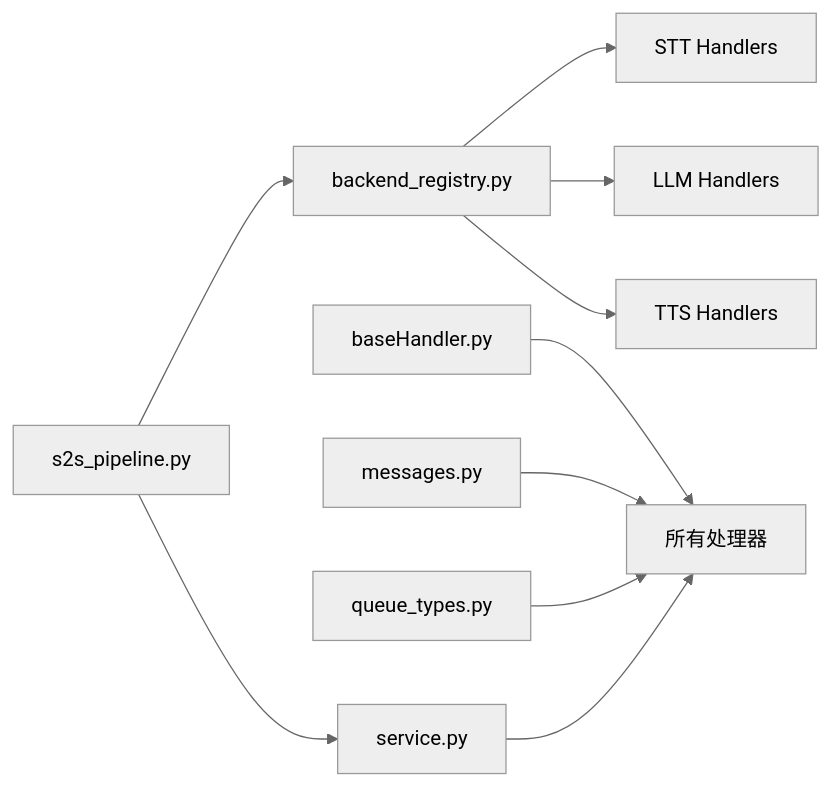
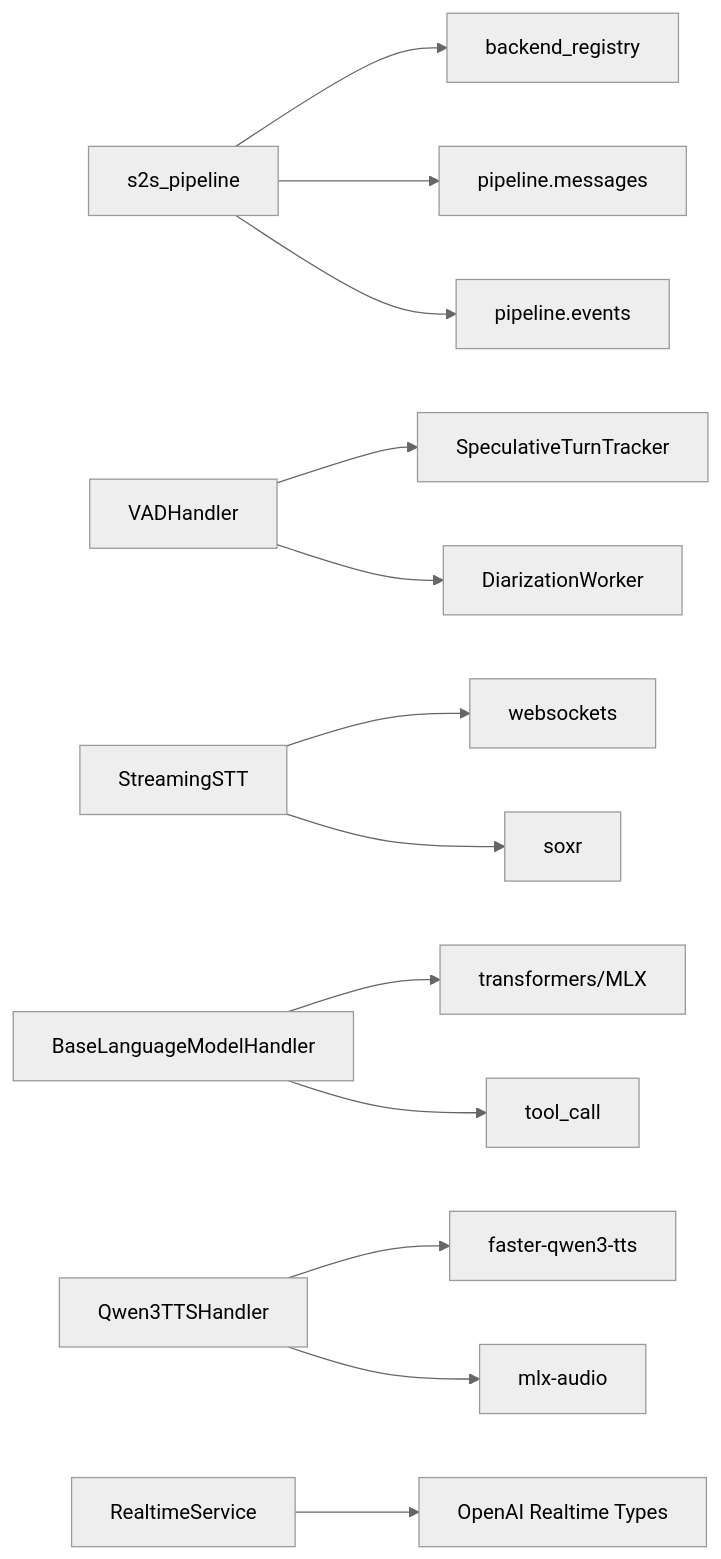
One commit to joezxh/speech-to-speech changed the tenth of 10 diagrams in .qoder/repowiki/zh/content/核心架构/核心架构.md. Above: the diagram before and after it, drawn with Mermaid (neutral theme). The commit also changed other lines of this file and 202 other files, not shown here.

````diff
--- a/.qoder/repowiki/zh/content/核心架构/核心架构.md
+++ b/.qoder/repowiki/zh/content/核心架构/核心架构.md
@@ -326,12 +427,15 @@
 ```mermaid
 graph LR
-Reg["backend_registry.py"] --> STT["STT Handlers"]
-Reg --> LLM["LLM Handlers"]
-Reg --> TTS["TTS Handlers"]
-Base["baseHandler.py"] --> All["所有处理器"]
-Msg["messages.py"] --> All
-QTypes["queue_types.py"] --> All
-Svc["service.py"] --> All
-Pipe["s2s_pipeline.py"] --> Reg
-Pipe --> Svc
+S2S["s2s_pipeline"] --> REG["backend_registry"]
+S2S --> MSG["pipeline.messages"]
+S2S --> EVT["pipeline.events"]
+VAD["VADHandler"] --> STR["SpeculativeTurnTracker"]
+VAD --> DIA["DiarizationWorker"]
+STT["StreamingSTT"] --> WS["websockets"]
+STT --> SR["soxr"]
+LLM["BaseLanguageModelHandler"] --> TR["transformers/MLX"]
+LLM --> TOOL["tool_call"]
+TTS["Qwen3TTSHandler"] --> FQT["faster-qwen3-tts"]
+TTS --> MLX["mlx-audio"]
+SVC["RealtimeService"] --> OAI["OpenAI Realtime Types"]
 ```
````
